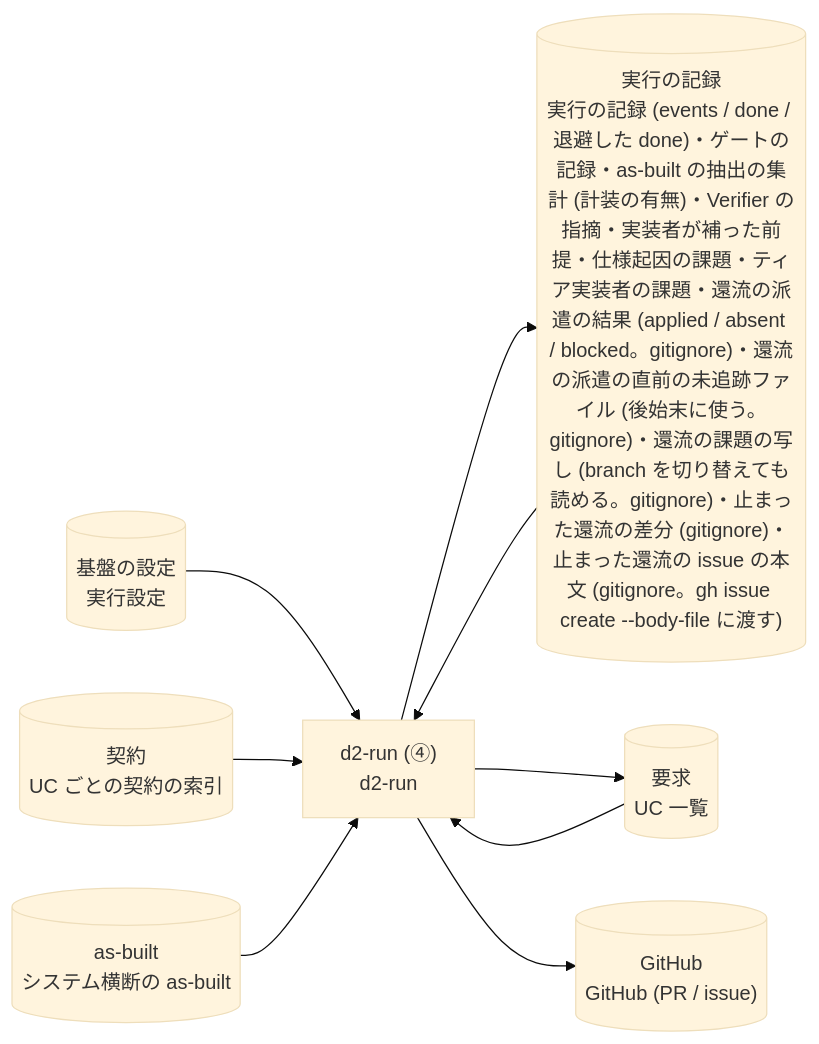
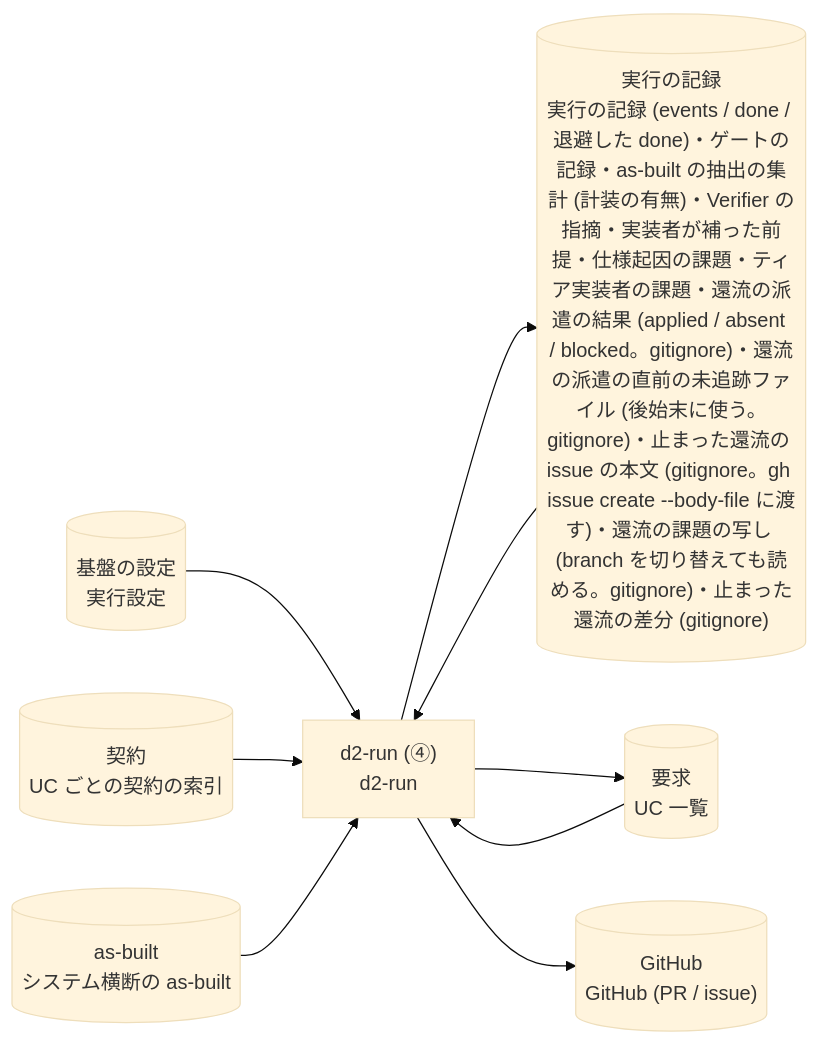
One commit to suwa-sh/suwa-sh-claude-plugins changed diagram 28 of 43 in plugins/distillery2/skills/d2-common/references/dataflow.md. Above: the diagram before and after it, drawn with Mermaid (base theme). The commit also changed other lines of this file and 3 other files, not shown here.

First line of the commit message:
fix(distillery2): issue の本文ファイルを d2-run の読むものとして正本と表に載せる

````diff
--- a/plugins/distillery2/skills/d2-common/references/dataflow.md
+++ b/plugins/distillery2/skills/d2-common/references/dataflow.md
@@ -733,18 +733,18 @@
 ```mermaid
 flowchart LR
   p_run_uc["d2-run (④)<br/>d2-run"]
   g_settings[("基盤の設定<br/>実行設定")]
   g_requirements[("要求<br/>UC 一覧")]
-  g_run[("実行の記録<br/>実行の記録 (events / done / 退避した done)・ゲートの記録・as-built の抽出の集計 (計装の有無)・Verifier の指摘・実装者が補った前提・仕様起因の課題・ティア実装者の課題・還流の派遣の結果 (applied / absent / blocked。gitignore)・還流の派遣の直前の未追跡ファイル (後始末に使う。gitignore)・還流の課題の写し (branch を切り替えても読める。gitignore)・止まった還流の差分 (gitignore)・止まった還流の issue の本文 (gitignore。gh issue create --body-file に渡す)")]
+  g_run[("実行の記録<br/>実行の記録 (events / done / 退避した done)・ゲートの記録・as-built の抽出の集計 (計装の有無)・Verifier の指摘・実装者が補った前提・仕様起因の課題・ティア実装者の課題・還流の派遣の結果 (applied / absent / blocked。gitignore)・還流の派遣の直前の未追跡ファイル (後始末に使う。gitignore)・止まった還流の issue の本文 (gitignore。gh issue create --body-file に渡す)・還流の課題の写し (branch を切り替えても読める。gitignore)・止まった還流の差分 (gitignore)")]
   g_contracts[("契約<br/>UC ごとの契約の索引")]
   g_asbuilt[("as-built<br/>システム横断の as-built")]
   g_github[("GitHub<br/>GitHub (PR / issue)")]
   g_settings --> p_run_uc
   g_requirements --> p_run_uc
   g_run --> p_run_uc
   g_contracts --> p_run_uc
   g_asbuilt --> p_run_uc
   p_run_uc --> g_run
   p_run_uc --> g_requirements
   p_run_uc --> g_github
 ```
````
